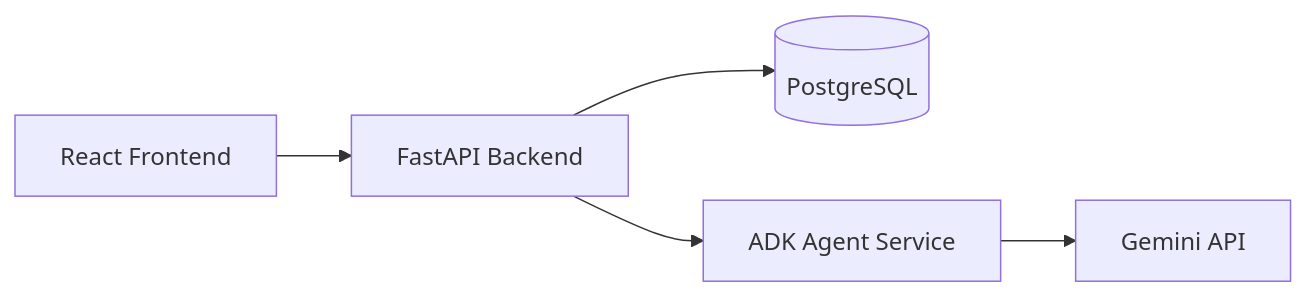
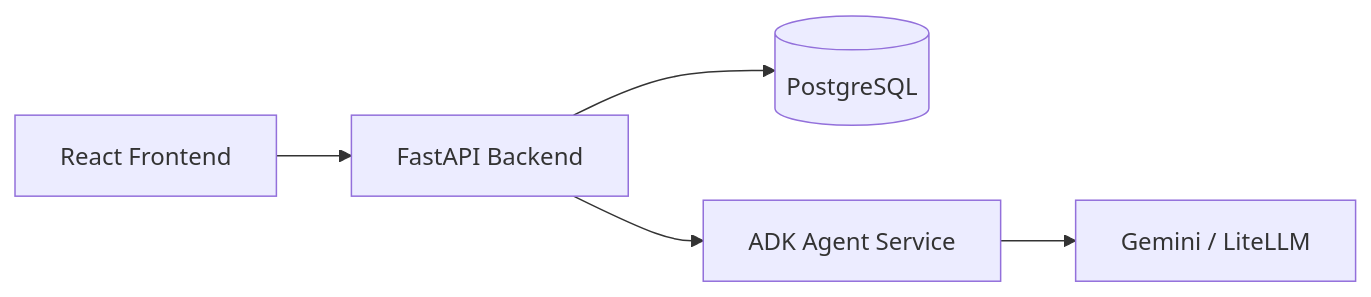
Before and after one commit to monikatyagiisc/quality-assistance-app: the diagram in README.md, drawn with Mermaid. The commit also changed other lines of this file and 3 other files, not shown here.

````diff
--- a/README.md
+++ b/README.md
@@ -13,7 +13,7 @@
 ```mermaid
 flowchart LR
   UI[React Frontend] --> API[FastAPI Backend]
   API --> DB[(PostgreSQL)]
   API --> AGT[ADK Agent Service]
-  AGT --> GEMINI[Gemini API]
+  AGT --> LLM[Gemini / LiteLLM]
 ```
````
